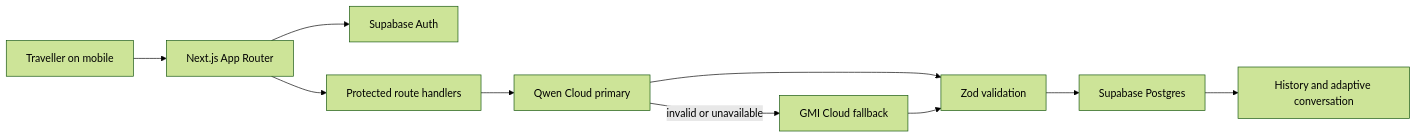
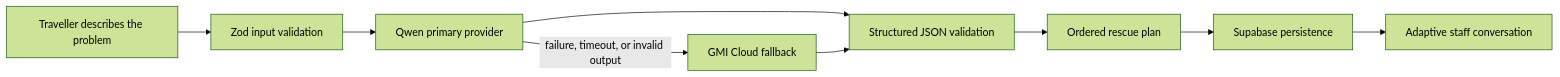
The diagram in README.md (Lynn662312/MoshiMoshi), drawn with Mermaid (forest theme) before and after one commit. The commit also changed other lines of this file and 11 other files, not shown here.

````diff
--- a/README.md
+++ b/README.md
@@ -63,12 +95,11 @@
 ```mermaid
 flowchart LR
-    U["Traveller on mobile"] --> N["Next.js App Router"]
-    N --> A["Supabase Auth"]
-    N --> R["Protected route handlers"]
-    R --> Q["Qwen Cloud primary"]
-    Q -->|invalid or unavailable| G["GMI Cloud fallback"]
-    Q --> Z["Zod validation"]
-    G --> Z
-    Z --> P["Supabase Postgres"]
-    P --> H["History and adaptive conversation"]
+    U["Traveller describes the problem"] --> V["Zod input validation"]
+    V --> Q["Qwen primary provider"]
+    Q --> J["Structured JSON validation"]
+    Q -->|failure, timeout, or invalid output| G["GMI Cloud fallback"]
+    G --> J
+    J --> P["Ordered rescue plan"]
+    P --> S["Supabase persistence"]
+    S --> C["Adaptive staff conversation"]
 ```
````
